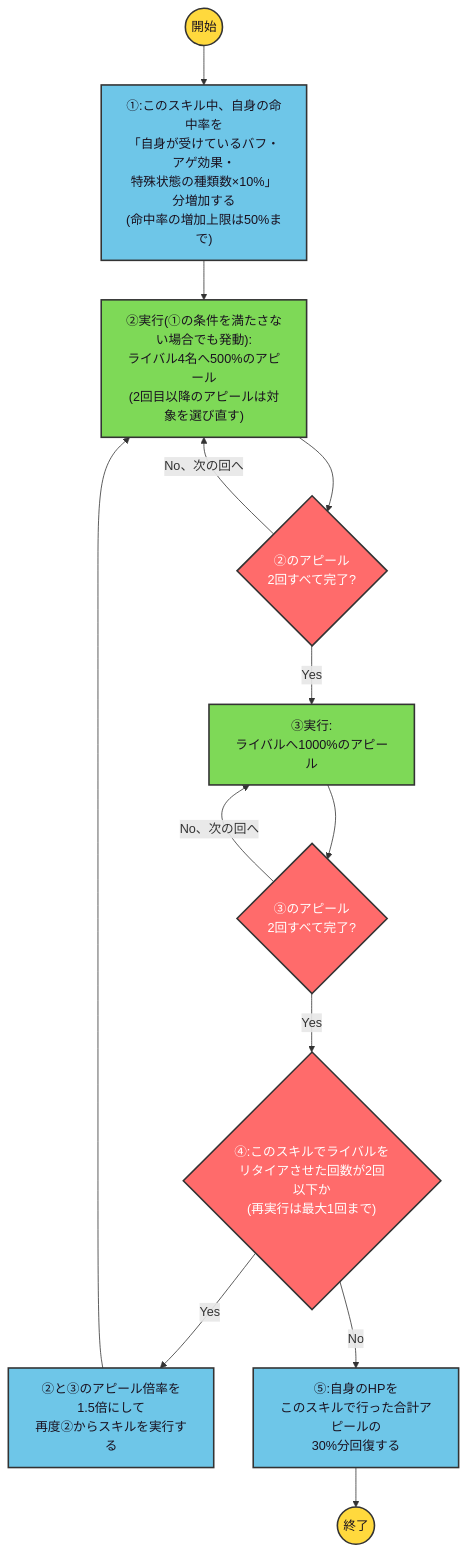
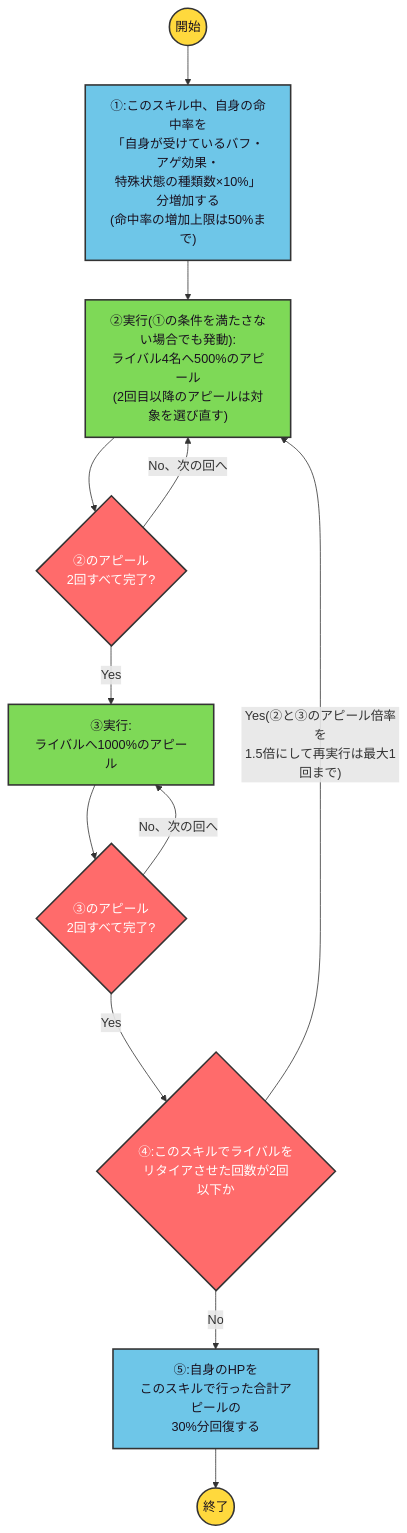
The diagram in data/nakamura_reno/sabitacompass_skill2.mmd (ryomochi0918/nogifra-characters), drawn with Mermaid before and after one commit. The commit also changed 20 other files, not shown here.

```diff
--- a/data/nakamura_reno/sabitacompass_skill2.mmd
+++ b/data/nakamura_reno/sabitacompass_skill2.mmd
@@ -1,17 +1,17 @@
 flowchart TD
     classDef startend fill:#FFD93D,stroke:#333,stroke-width:2px,color:#1a1220;
     classDef cond fill:#FF6B6B,stroke:#333,stroke-width:2px,color:#ffffff;
     classDef effect fill:#6EC6E8,stroke:#333,stroke-width:2px,color:#1a1220;
     classDef action fill:#7ED957,stroke:#333,stroke-width:2px,color:#1a1220;
 
     start(("開始")):::startend --> e1["①:このスキル中、自身の命中率を<br/>「自身が受けているバフ・アゲ効果・<br/>特殊状態の種類数×10%」分増加する<br/>(命中率の増加上限は50%まで)"]:::effect
     e1 --> a2["②実行(①の条件を満たさない場合でも発動):<br/>ライバル4名へ500%のアピール<br/>(2回目以降のアピールは対象を選び直す)"]:::action
     a2 --> l2{"②のアピール<br/>2回すべて完了?"}:::cond
     l2 -->|"No、次の回へ"| a2
     l2 -->|"Yes"| a3["③実行:<br/>ライバルへ1000%のアピール"]:::action
     a3 --> l3{"③のアピール<br/>2回すべて完了?"}:::cond
     l3 -->|"No、次の回へ"| a3
-    l3 -->|"Yes"| c4{"④:このスキルでライバルを<br/>リタイアさせた回数が2回以下か<br/>(再実行は最大1回まで)"}:::cond
-    c4 -->|"Yes"| e4["②と③のアピール倍率を<br/>1.5倍にして<br/>再度②からスキルを実行する"]:::effect --> a2
+    l3 -->|"Yes"| c4{"④:このスキルでライバルを<br/>リタイアさせた回数が2回以下か"}:::cond
+    c4 -->|"Yes(②と③のアピール倍率を<br/>1.5倍にして再実行は最大1回まで)"| a2
     c4 -->|"No"| e5["⑤:自身のHPを<br/>このスキルで行った合計アピールの<br/>30%分回復する"]:::effect
     e5 --> finish(("終了")):::startend
```
